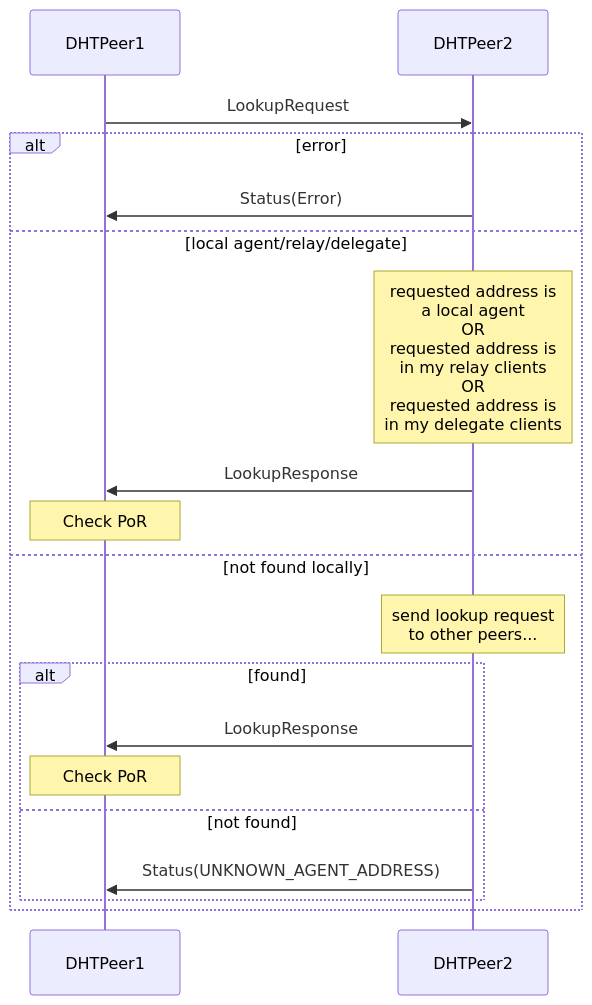
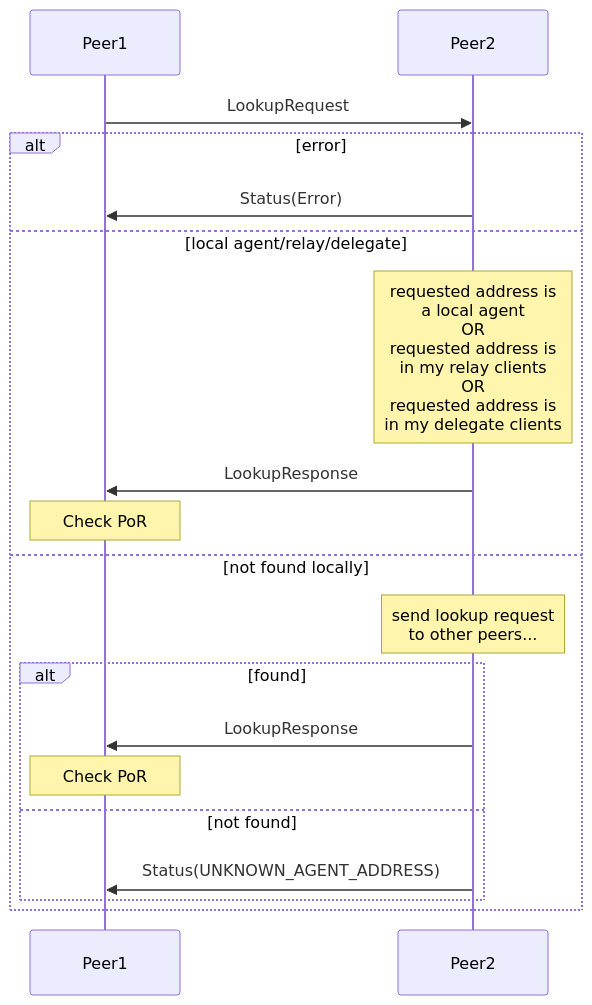
The seventh of 9 diagrams in docs/acn-internals.md (legendarydeveloper919/agents-aea), drawn with Mermaid before and after one commit. The commit also changed other lines of this file, not shown here.

Commit message:
docs: rename DHTPeer with Peer

```diff
--- a/docs/acn-internals.md
+++ b/docs/acn-internals.md
@@ -340,21 +340,21 @@
 <div class="mermaid">
     sequenceDiagram
-        participant DHTPeer1
-        participant DHTPeer2
-        DHTPeer1->>DHTPeer2: LookupRequest
+        participant Peer1
+        participant Peer2
+        Peer1->>Peer2: LookupRequest
         alt error
-            DHTPeer2->>DHTPeer1: Status(Error)
+            Peer2->>Peer1: Status(Error)
         else local agent/relay/delegate
-            note over DHTPeer2: requested address is<br/>a local agent<br/>OR<br/>requested address is<br/>in my relay clients<br/>OR<br/>requested address is<br/>in my delegate clients
-            DHTPeer2->>DHTPeer1: LookupResponse
-            note over DHTPeer1: Check PoR
+            note over Peer2: requested address is<br/>a local agent<br/>OR<br/>requested address is<br/>in my relay clients<br/>OR<br/>requested address is<br/>in my delegate clients
+            Peer2->>Peer1: LookupResponse
+            note over Peer1: Check PoR
         else not found locally
-            note over DHTPeer2: send lookup request<br/>to other peers...
+            note over Peer2: send lookup request<br/>to other peers...
             alt found
-                DHTPeer2->>DHTPeer1: LookupResponse
-                note over DHTPeer1: Check PoR
+                Peer2->>Peer1: LookupResponse
+                note over Peer1: Check PoR
             else not found
-                DHTPeer2->>DHTPeer1:Status(UNKNOWN_AGENT_ADDRESS)
+                Peer2->>Peer1:Status(UNKNOWN_AGENT_ADDRESS)
             end
         end
 </div>
```
